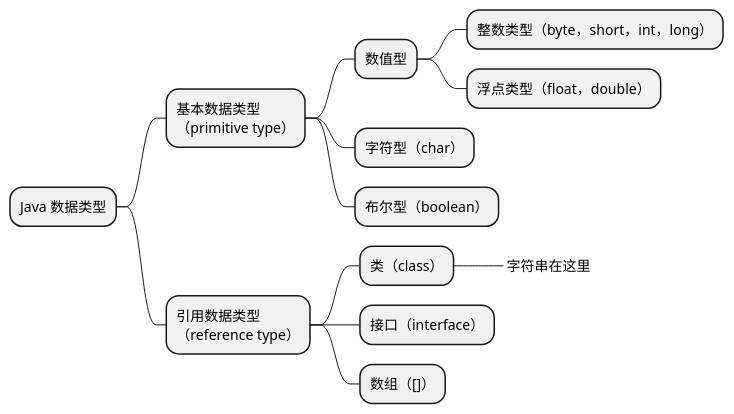
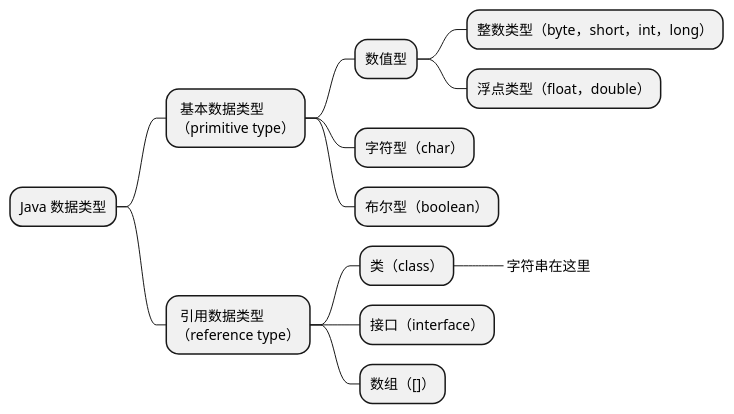
Before and after one commit to bobo2334/bobo2334.github.io: the diagram in docs/notes/java/java.md, drawn with PlantUML. The commit also changed other lines of this file and 7 other files, not shown here.

````diff
--- a/docs/notes/java/java.md
+++ b/docs/notes/java/java.md
@@ -154,18 +158,18 @@
-```plantuml
+```puml
 @startmindmap
 * Java 数据类型
-**:基本数据类型
+**: 基本数据类型
 （primitive type）;
 *** 数值型
 **** 整数类型（byte，short，int，long）
 **** 浮点类型（float，double）
 *** 字符型（char）
 *** 布尔型（boolean）
-**:引用数据类型
+**: 引用数据类型
 （reference type）;
 *** 类（class）
 ****_ 字符串在这里
 *** 接口（interface）
 *** 数组（[]）
 @endmindmap
 ```
````
